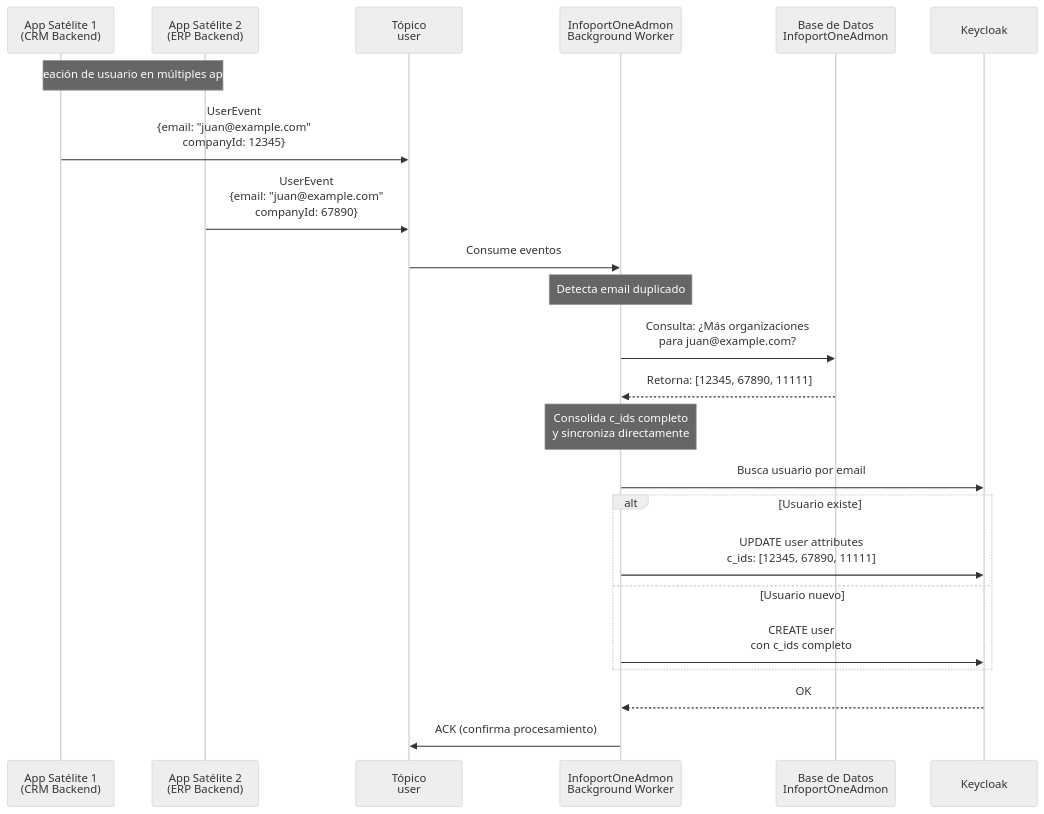
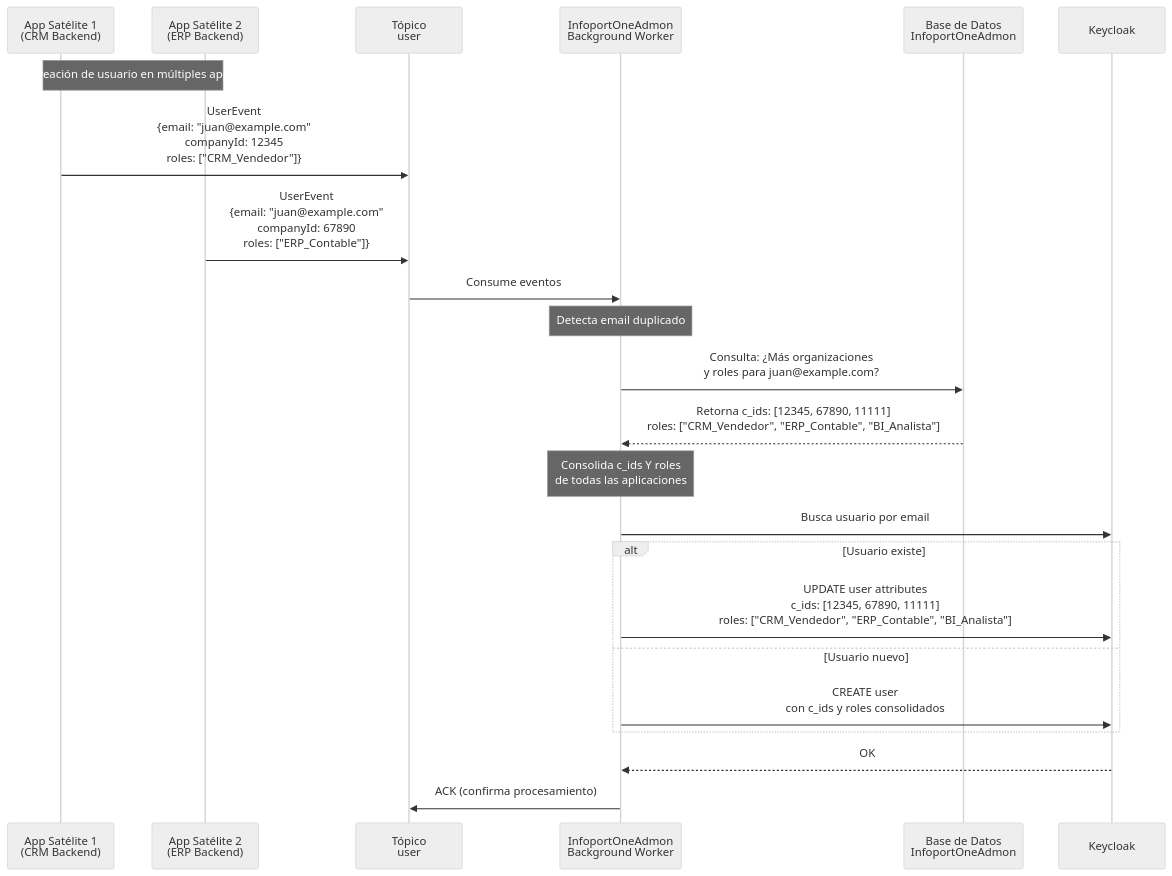
The first of 7 diagrams in readme.md (malbert-infoport/AI4Devs), drawn with Mermaid (neutral theme) before and after one commit. The commit also changed other lines of this file and 5 other files, not shown here.

````diff
--- a/readme.md
+++ b/readme.md
@@ -205,34 +207,34 @@
 ```mermaid
 sequenceDiagram
     participant App1 as App Satélite 1<br/>(CRM Backend)
     participant App2 as App Satélite 2<br/>(ERP Backend)
     participant Topic1 as Tópico<br/>user
     participant BGWorker as InfoportOneAdmon<br/>Background Worker
     participant DB as Base de Datos<br/>InfoportOneAdmon
     participant KC as Keycloak
 
     Note over App1,App2: Creación de usuario en múltiples apps
 
-    App1->>Topic1: UserEvent<br/>{email: "juan@example.com"<br/>companyId: 12345}
-    App2->>Topic1: UserEvent<br/>{email: "juan@example.com"<br/>companyId: 67890}
+    App1->>Topic1: UserEvent<br/>{email: "juan@example.com"<br/>companyId: 12345<br/>roles: ["CRM_Vendedor"]}
+    App2->>Topic1: UserEvent<br/>{email: "juan@example.com"<br/>companyId: 67890<br/>roles: ["ERP_Contable"]}
 
     Topic1->>BGWorker: Consume eventos
     
     Note over BGWorker: Detecta email duplicado
     
-    BGWorker->>DB: Consulta: ¿Más organizaciones<br/>para juan@example.com?
-    DB-->>BGWorker: Retorna: [12345, 67890, 11111]
+    BGWorker->>DB: Consulta: ¿Más organizaciones<br/>y roles para juan@example.com?
+    DB-->>BGWorker: Retorna c_ids: [12345, 67890, 11111]<br/>roles: ["CRM_Vendedor", "ERP_Contable", "BI_Analista"]
     
-    Note over BGWorker: Consolida c_ids completo<br/>y sincroniza directamente
+    Note over BGWorker: Consolida c_ids Y roles<br/>de todas las aplicaciones
     
     BGWorker->>KC: Busca usuario por email
     
     alt Usuario existe
-        BGWorker->>KC: UPDATE user attributes<br/>c_ids: [12345, 67890, 11111]
+        BGWorker->>KC: UPDATE user attributes<br/>c_ids: [12345, 67890, 11111]<br/>roles: ["CRM_Vendedor", "ERP_Contable", "BI_Analista"]
     else Usuario nuevo
-        BGWorker->>KC: CREATE user<br/>con c_ids completo
+        BGWorker->>KC: CREATE user<br/>con c_ids y roles consolidados
     end
     
     KC-->>BGWorker: OK
     BGWorker->>Topic1: ACK (confirma procesamiento)
 ```
````
